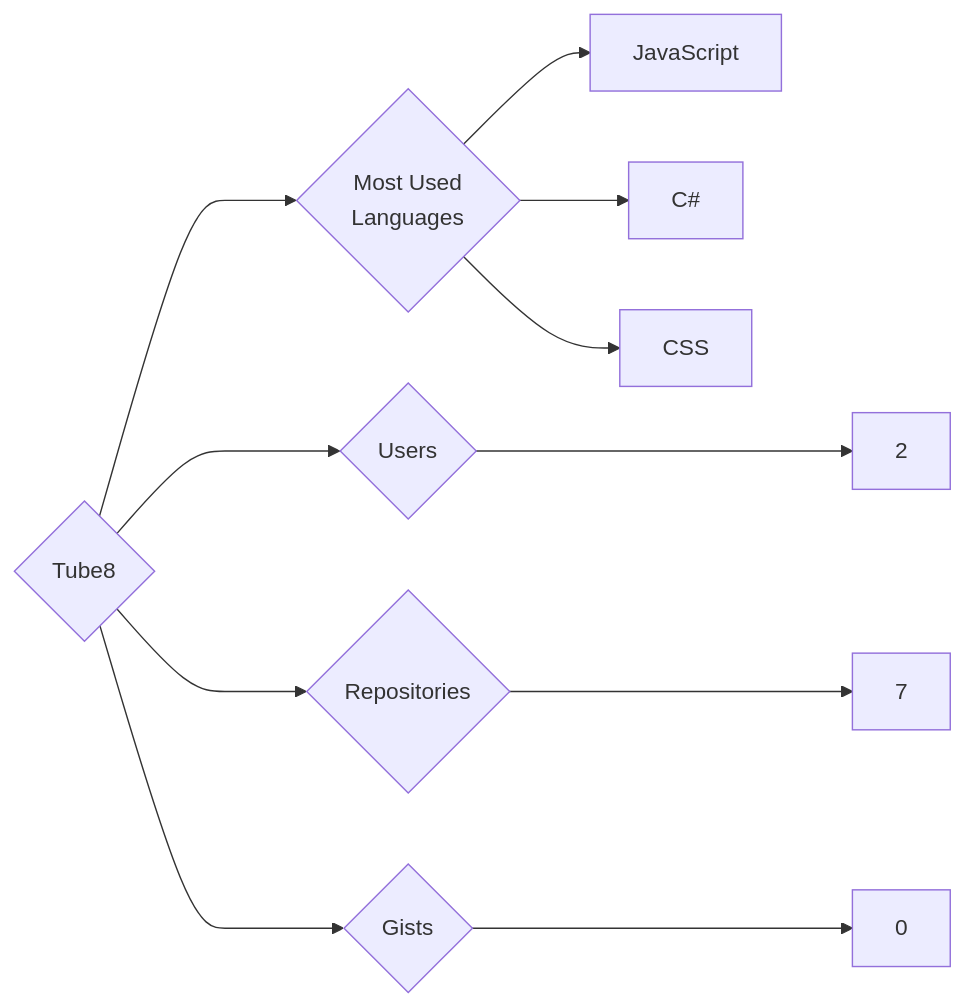
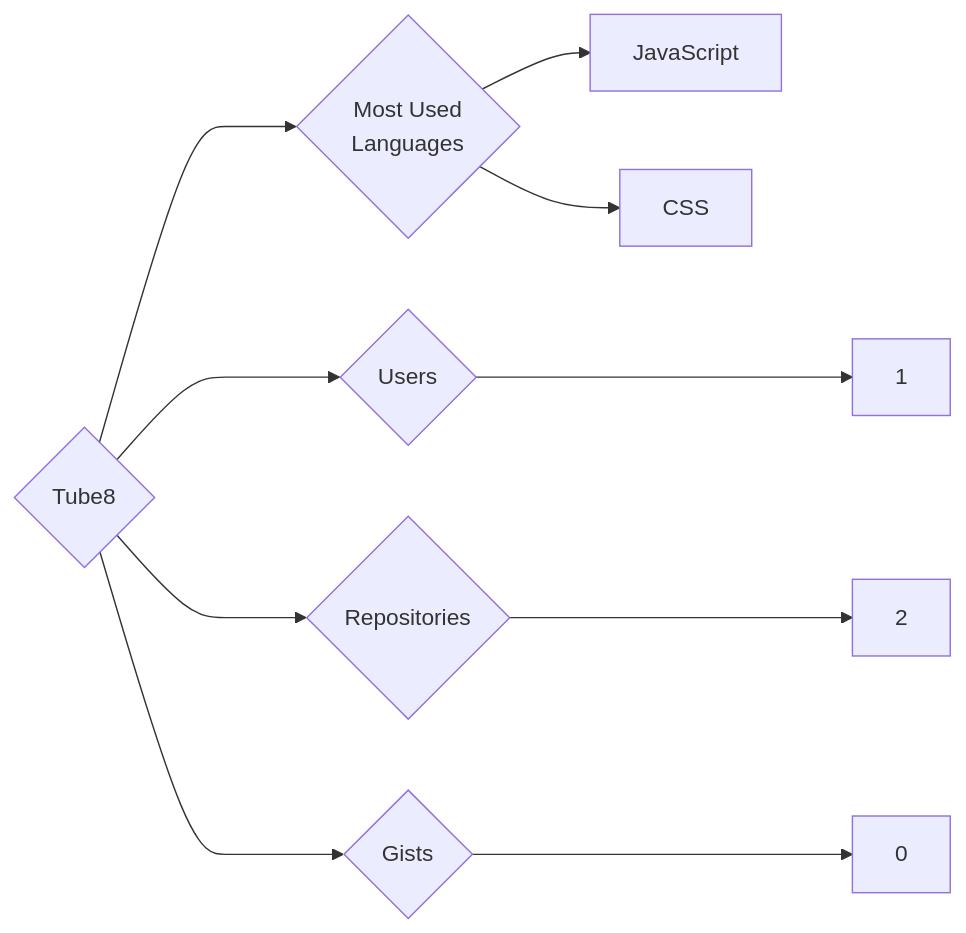
One commit to trickest/insiders changed the diagram in targets/Tube8/README.md. Above: the diagram before and after it, drawn with Mermaid. The commit also changed 1508 other files, not shown here.

````diff
--- a/targets/Tube8/README.md
+++ b/targets/Tube8/README.md
@@ -3,11 +3,10 @@
 ```mermaid
 graph LR
 COMPANY_NAME{Tube8}
-COMPANY_NAME ---> U{Users} ---> UN[2]
-COMPANY_NAME ---> R{Repositories} ---> RN[7]
+COMPANY_NAME ---> U{Users} ---> UN[1]
+COMPANY_NAME ---> R{Repositories} ---> RN[2]
 COMPANY_NAME ---> G{Gists} ---> GN[0]
 COMPANY_NAME ---> ML{Most Used<br>Languages}
 ML --> JavaScript[JavaScript]
-ML --> C#[C#]
 ML --> CSS[CSS]
 ```
````
